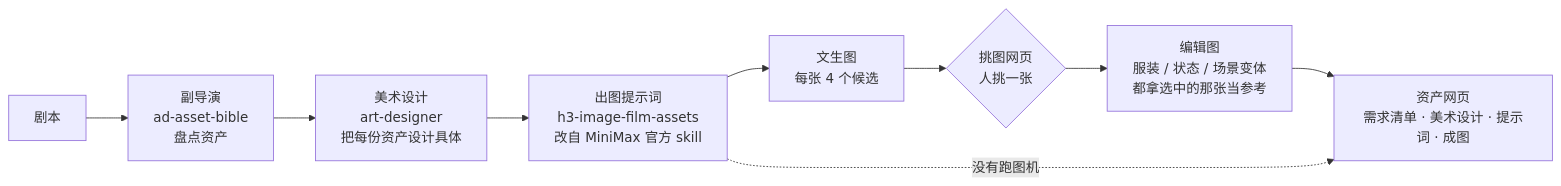
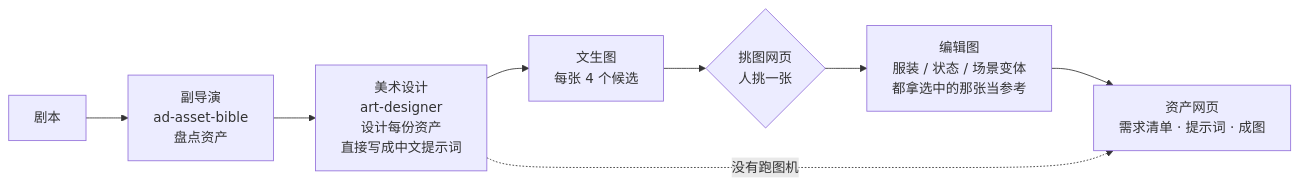
Before and after one commit to EVZheng-Lab/film-asset-pipeline: the diagram in README.md, drawn with Mermaid. The commit also changed other lines of this file and 29 other files, not shown here.

First line of the commit message:
Remove the official H3 skill; the designer writes Chinese prompts directly

````diff
--- a/README.md
+++ b/README.md
@@ -14,11 +14,10 @@
 ```mermaid
 flowchart LR
   A[剧本] --> B["副导演<br/>ad-asset-bible<br/>盘点资产"]
-  B --> C["美术设计<br/>art-designer<br/>把每份资产设计具体"]
-  C --> D["出图提示词<br/>h3-image-film-assets<br/>改自 MiniMax 官方 skill"]
-  D --> E["文生图<br/>每张 4 个候选"]
+  B --> C["美术设计<br/>art-designer<br/>设计每份资产<br/>直接写成中文提示词"]
+  C --> E["文生图<br/>每张 4 个候选"]
   E --> F{"挑图网页<br/>人挑一张"}
   F --> G["编辑图<br/>服装 / 状态 / 场景变体<br/>都拿选中的那张当参考"]
-  G --> H["资产网页<br/>需求清单 · 美术设计 · 提示词 · 成图"]
-  D -. 没有跑图机 .-> H
+  G --> H["资产网页<br/>需求清单 · 提示词 · 成图"]
+  C -. 没有跑图机 .-> H
 ```
````
